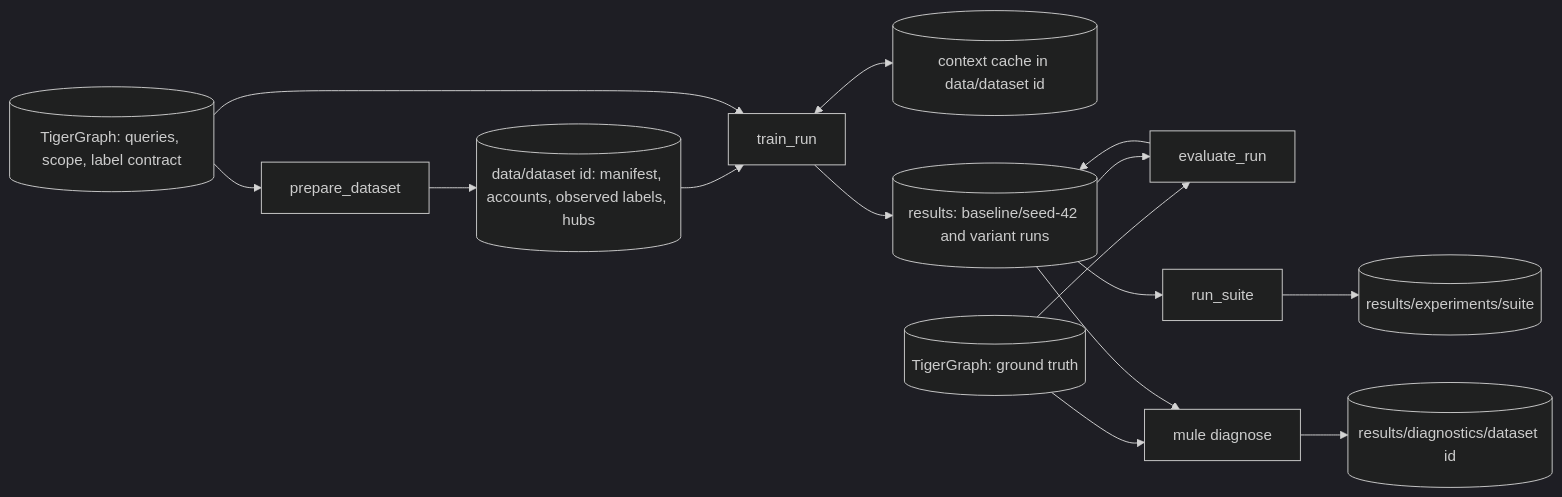
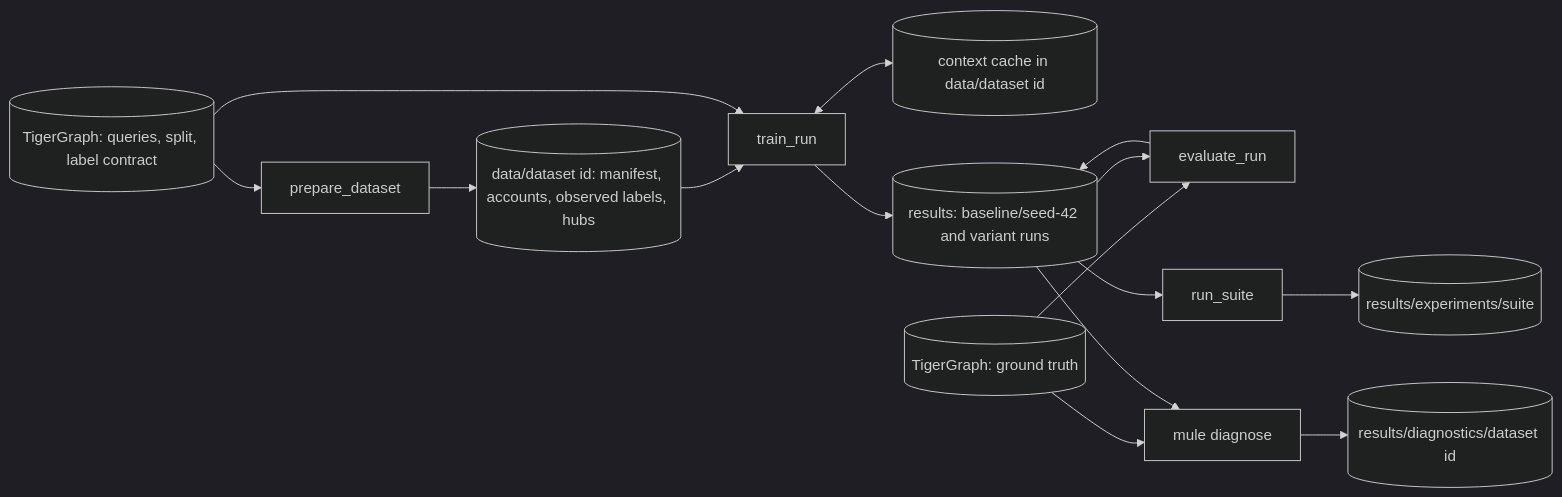
One commit to abrahamchandy95/MulePatternLearner changed the diagram in docs/architecture.md. Above: the diagram before and after it, drawn with Mermaid (dark theme). The commit also changed other lines of this file and 170 other files, not shown here.

````diff
--- a/docs/architecture.md
+++ b/docs/architecture.md
@@ -15,11 +15,11 @@
 ```mermaid
 flowchart LR
-  TG[("TigerGraph: queries, scope, label contract")] --> P[prepare_dataset]
+  TG[("TigerGraph: queries, split, label contract")] --> P[prepare_dataset]
   P --> D[("data/dataset id: manifest, accounts, observed labels, hubs")] --> T[train_run]
   TG --> T
   T <--> C[(context cache in data/dataset id)]
   T --> RUN[("results: baseline/seed-42 and variant runs")]
   GT[("TigerGraph: ground truth")] & RUN --> E[evaluate_run] --> RUN
   RUN --> X[run_suite] --> SUITE[(results/experiments/suite)]
   GT & RUN --> DG[mule diagnose] --> DIAG[(results/diagnostics/dataset id)]
 ```
````
